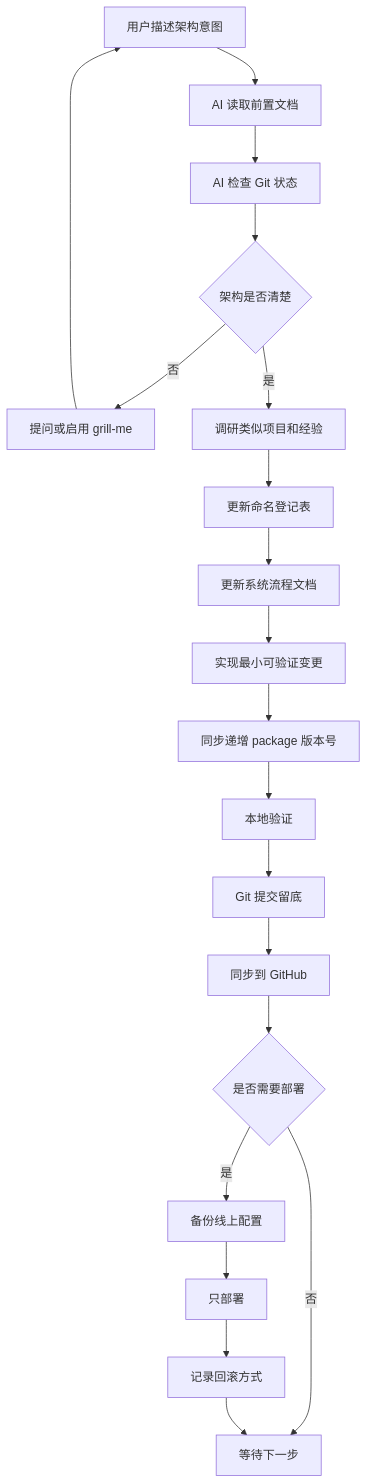
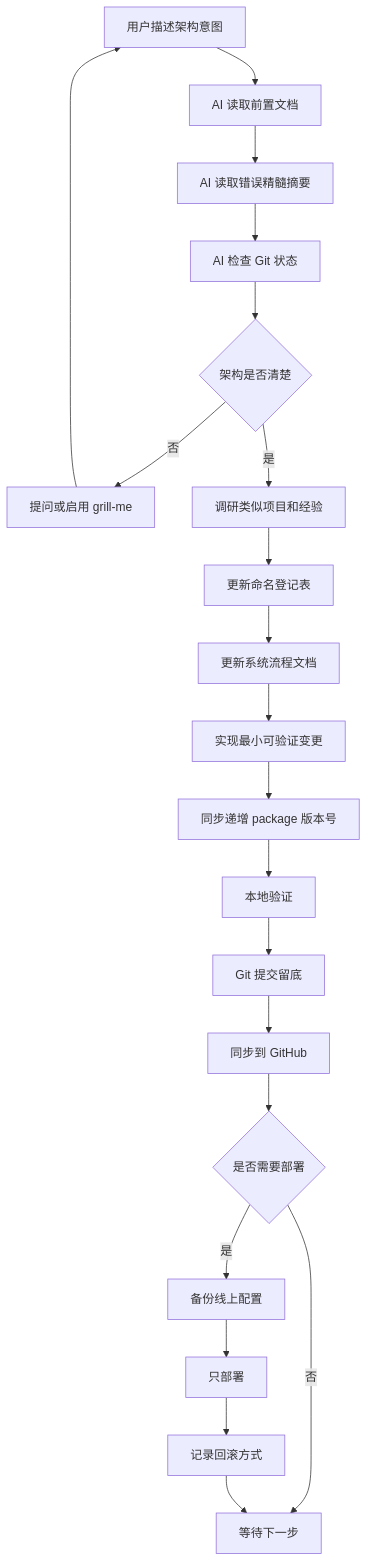
The first of 31 diagrams in docs/SYSTEM_FLOW.md (ttmanthatman/virtual-human-flow), drawn with Mermaid before and after one commit. The commit also changed other lines of this file and 6 other files, not shown here.

````diff
--- a/docs/SYSTEM_FLOW.md
+++ b/docs/SYSTEM_FLOW.md
@@ -41,22 +41,23 @@
 ```mermaid
 flowchart TD
     A[用户描述架构意图] --> B[AI 读取前置文档]
-    B --> C[AI 检查 Git 状态]
+    B --> ES[AI 读取错误精髓摘要]
+    ES --> C[AI 检查 Git 状态]
     C --> D{架构是否清楚}
     D -- 否 --> E[提问或启用 grill-me]
     E --> A
     D -- 是 --> F[调研类似项目和经验]
     F --> G[更新命名登记表]
     G --> H[更新系统流程文档]
     H --> I[实现最小可验证变更]
     I --> V[同步递增 package 版本号]
     V --> J[本地验证]
     J --> K[Git 提交留底]
     K --> L[同步到 GitHub]
     L --> M{是否需要部署}
     M -- 是 --> N[备份线上配置]
     N --> O[只部署 <production-domain>]
     O --> P[记录回滚方式]
     M -- 否 --> Q[等待下一步]
     P --> Q
 ```
````
